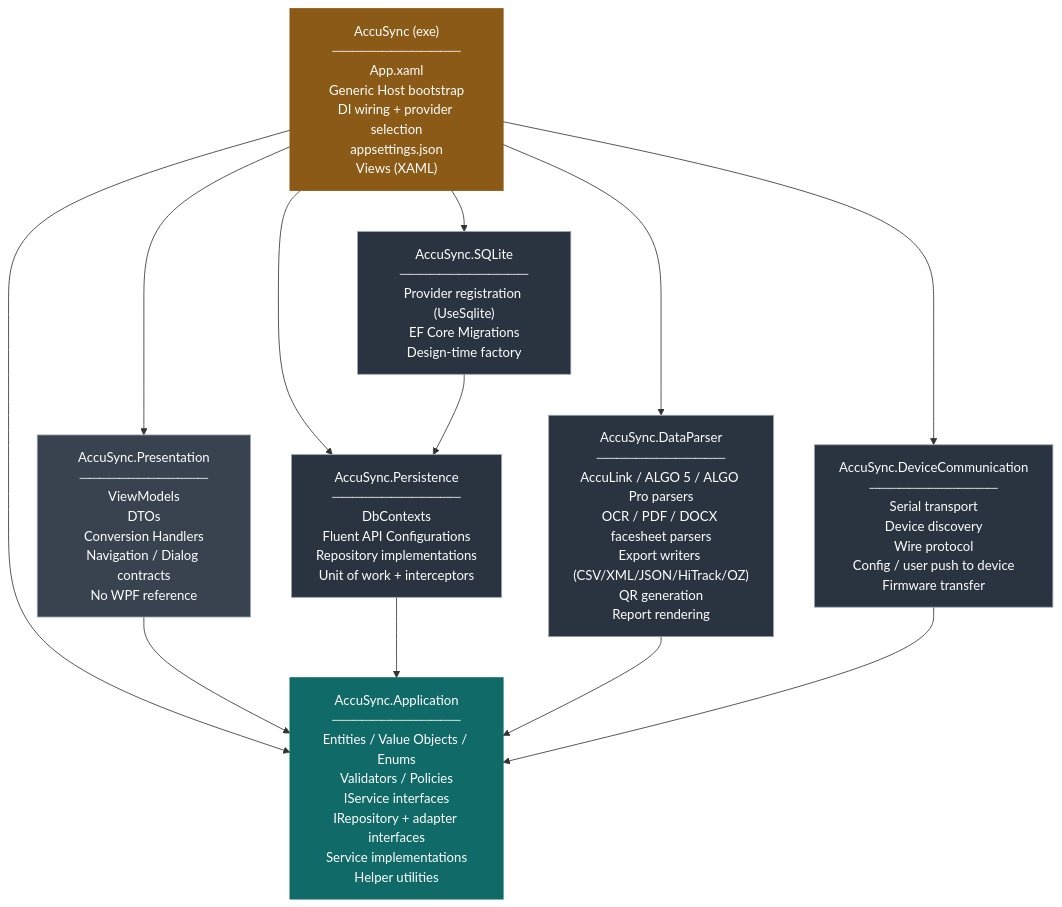
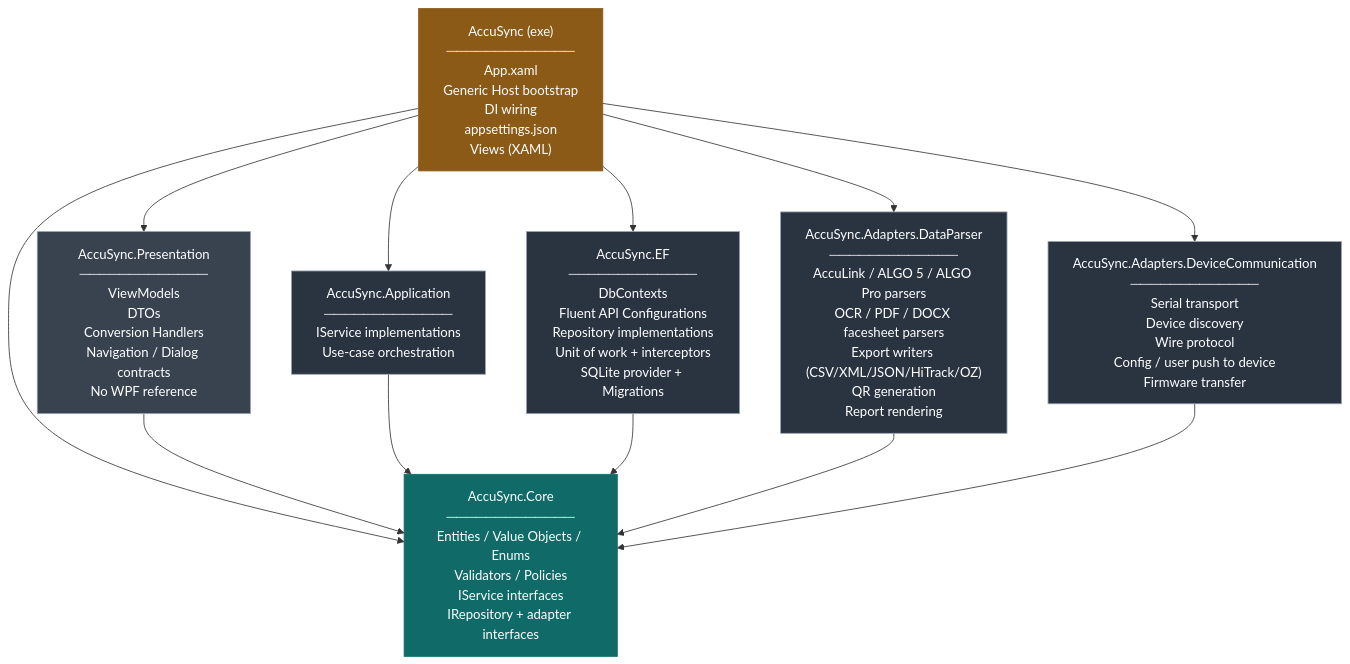
One commit to paramasivam-soliton/Accusync-Software-Soliton changed the first of 2 diagrams in AccuSync Architecture.md. Above: the diagram before and after it, drawn with Mermaid. The commit also changed other lines of this file, not shown here.

Commit message:
chore: Update Architecture - Introduce .Core

````diff
--- a/AccuSync Architecture.md
+++ b/AccuSync Architecture.md
@@ -55,39 +55,39 @@
 ```mermaid
 flowchart TD
-    Exe["AccuSync (exe)<br/>─────────────<br/>App.xaml<br/>Generic Host bootstrap<br/>DI wiring + provider selection<br/>appsettings.json<br/>Views (XAML)"]
+    Exe["AccuSync (exe)<br/>─────────────<br/>App.xaml<br/>Generic Host bootstrap<br/>DI wiring<br/>appsettings.json<br/>Views (XAML)"]
 
     Presentation["AccuSync.Presentation<br/>─────────────<br/>ViewModels<br/>DTOs<br/>Conversion Handlers<br/>Navigation / Dialog contracts<br/>No WPF reference"]
 
-    Application["AccuSync.Application<br/>─────────────<br/>Entities / Value Objects / Enums<br/>Validators / Policies<br/>IService interfaces<br/>IRepository + adapter interfaces<br/>Service implementations<br/>Helper utilities"]
+    Core["AccuSync.Core<br/>─────────────<br/>Entities / Value Objects / Enums<br/>Validators / Policies<br/>IService interfaces<br/>IRepository + adapter interfaces"]
 
-    Persistence["AccuSync.Persistence<br/>─────────────<br/>DbContexts<br/>Fluent API Configurations<br/>Repository implementations<br/>Unit of work + interceptors"]
+    Application["AccuSync.Application<br/>─────────────<br/>IService implementations<br/>Use-case orchestration"]
 
-    Sqlite["AccuSync.SQLite<br/>─────────────<br/>Provider registration (UseSqlite)<br/>EF Core Migrations<br/>Design-time factory"]
+    EF["AccuSync.EF<br/>─────────────<br/>DbContexts<br/>Fluent API Configurations<br/>Repository implementations<br/>Unit of work + interceptors<br/>SQLite provider + Migrations"]
 
-    DataParser["AccuSync.DataParser<br/>─────────────<br/>AccuLink / ALGO 5 / ALGO Pro parsers<br/>OCR / PDF / DOCX facesheet parsers<br/>Export writers (CSV/XML/JSON/HiTrack/OZ)<br/>QR generation<br/>Report rendering"]
+    DataParser["AccuSync.Adapters.DataParser<br/>─────────────<br/>AccuLink / ALGO 5 / ALGO Pro parsers<br/>OCR / PDF / DOCX facesheet parsers<br/>Export writers (CSV/XML/JSON/HiTrack/OZ)<br/>QR generation<br/>Report rendering"]
 
-    DeviceComm["AccuSync.DeviceCommunication<br/>─────────────<br/>Serial transport<br/>Device discovery<br/>Wire protocol<br/>Config / user push to device<br/>Firmware transfer"]
+    DeviceComm["AccuSync.Adapters.DeviceCommunication<br/>─────────────<br/>Serial transport<br/>Device discovery<br/>Wire protocol<br/>Config / user push to device<br/>Firmware transfer"]
 
     Exe --> Presentation
+    Exe --> Core
     Exe --> Application
-    Exe --> Persistence
-    Exe --> Sqlite
+    Exe --> EF
     Exe --> DataParser
     Exe --> DeviceComm
 
-    Presentation --> Application
-    Persistence --> Application
-    DataParser --> Application
-    DeviceComm --> Application
-    Sqlite --> Persistence
+    Presentation --> Core
+    Application --> Core
+    EF --> Core
+    DataParser --> Core
+    DeviceComm --> Core
 
     classDef root fill:#8A5A16,color:#fff,stroke:#8A5A16;
     classDef pres fill:#38434F,color:#fff,stroke:#98A3AF;
-    classDef app fill:#106B68,color:#fff,stroke:#106B68;
+    classDef core fill:#106B68,color:#fff,stroke:#106B68;
     classDef infra fill:#2A3440,color:#fff,stroke:#98A3AF;
 
     class Exe root;
     class Presentation pres;
-    class Application app;
-    class Persistence,Sqlite,DataParser,DeviceComm infra;
+    class Core core;
+    class Application,EF,DataParser,DeviceComm infra;
 ```
````
